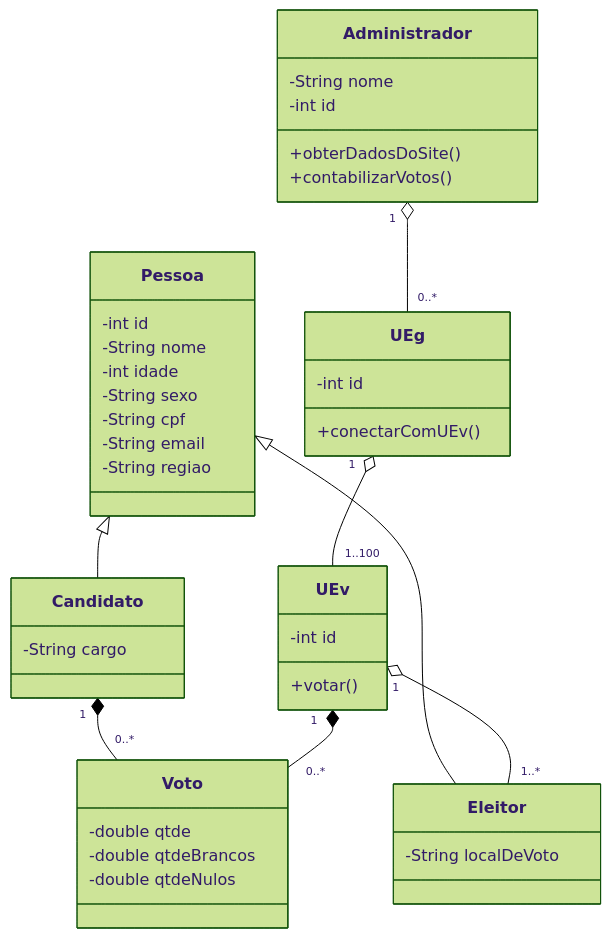
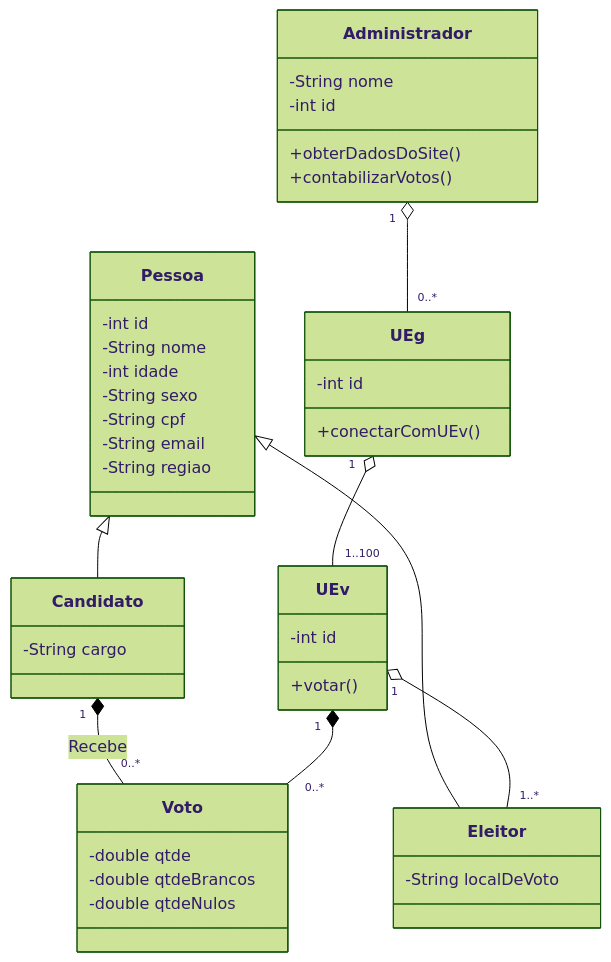
One commit to HenriqueFinatti/Modelagem-De-Software-Orientado-a-Objetos changed the diagram in Diagrama De Classes.md. Above: the diagram before and after it, drawn with Mermaid (forest theme).

Commit message:
Update Diagrama De Classes.md

````diff
--- a/Diagrama De Classes.md
+++ b/Diagrama De Classes.md
@@ -3,51 +3,51 @@
 ```mermaid
 classDiagram
 Pessoa <|-- Eleitor
 Pessoa <|-- Candidato
 Pessoa: -int id
 Pessoa: -String nome
 Pessoa: -int idade
 Pessoa: -String sexo
 Pessoa: -String cpf
 Pessoa: -String email
 Pessoa: -String regiao
 
 Eleitor: -String localDeVoto
 
 class Candidato{
   -String cargo
 }
 
 class UEg{
   -int id
   +conectarComUEv()
 }
 
 class UEv{
   -int id
   +votar()
 }
 
 class Administrador{
   -String nome
   -int id
  +obterDadosDoSite()
  +contabilizarVotos()
 
 }
 
 class Voto{
   -double qtde
   -double qtdeBrancos
   -double qtdeNulos
 }
 
 Administrador "1" o-- "0..*" UEg
-Candidato "1" *-- "0..*" Voto
+Candidato "1" *-- "0..*" Voto : Recebe
 UEg "1" o-- "1..100" UEv
 UEv "1" *-- "0..*" Voto
 UEv "1" o-- "1..*" Eleitor
 
 
 
 ```
````
